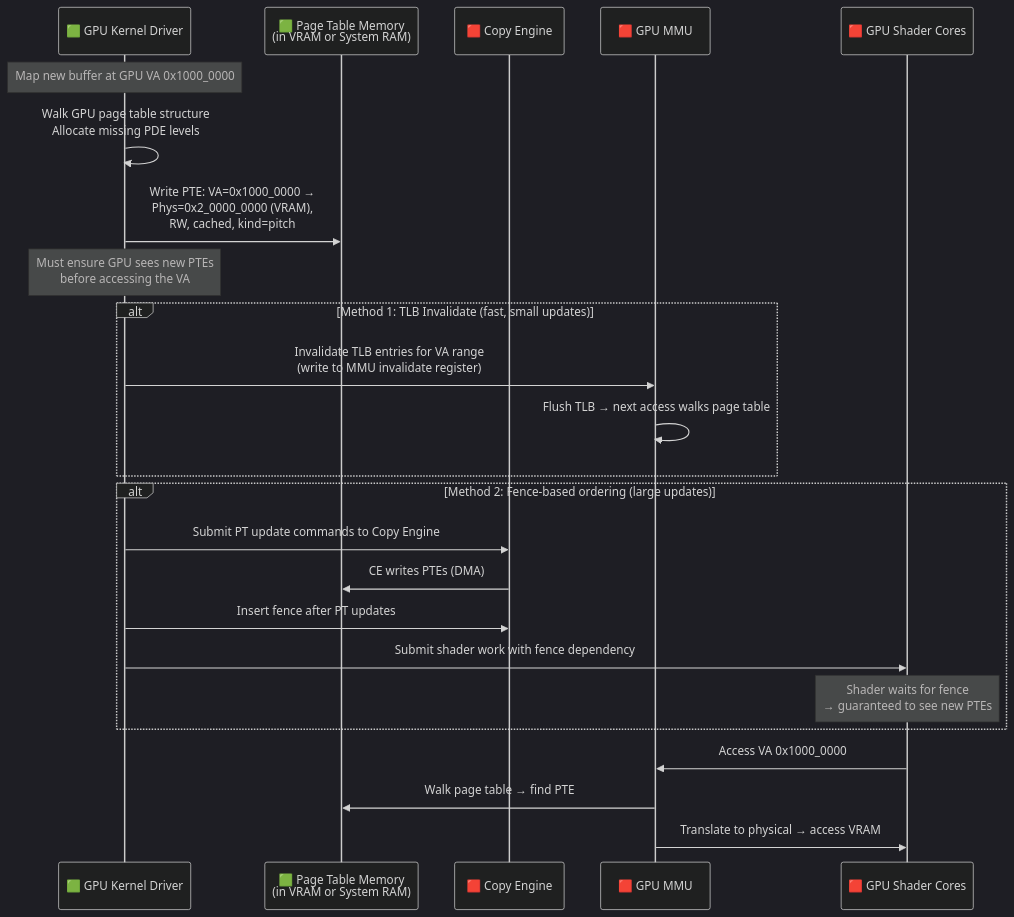
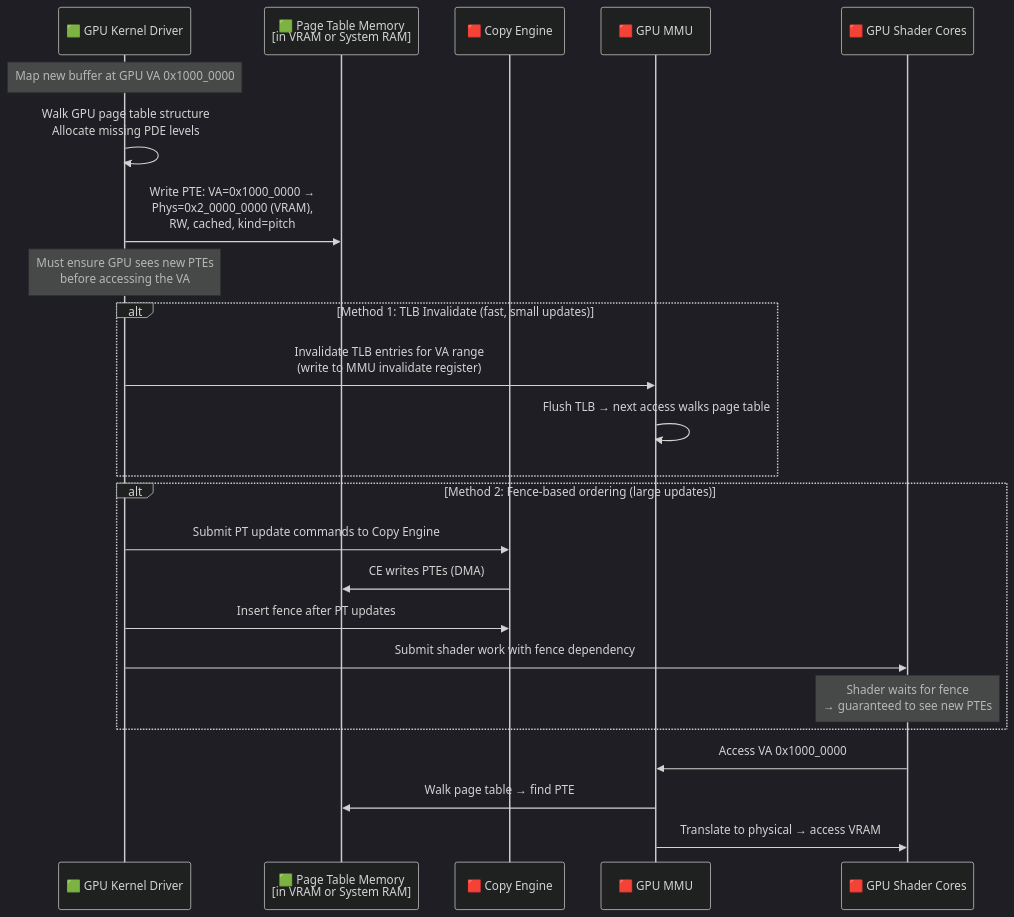
Diagram 19 of 21 in MemoryManagement/16_NVIDIA_System_Design_Memory_Management.md (nilprajapati97/Linux), drawn with Mermaid (dark theme) before and after one commit. The commit also changed other lines of this file and 68 other files, not shown here.

````diff
--- a/MemoryManagement/16_NVIDIA_System_Design_Memory_Management.md
+++ b/MemoryManagement/16_NVIDIA_System_Design_Memory_Management.md
@@ -740,32 +740,32 @@
 ```mermaid
 sequenceDiagram
     participant DRV as 🟩 GPU Kernel Driver
-    participant PT_MEM as 🟩 Page Table Memory<br/>(in VRAM or System RAM)
+    participant PT_MEM as 🟩 Page Table Memory<br/>[in VRAM or System RAM]
     participant CE as 🟥 Copy Engine
     participant GPU_MMU as 🟥 GPU MMU
     participant SM as 🟥 GPU Shader Cores
 
     Note over DRV: Map new buffer at GPU VA 0x1000_0000
 
     DRV->>DRV: Walk GPU page table structure<br/>Allocate missing PDE levels
     DRV->>PT_MEM: Write PTE: VA=0x1000_0000 →<br/>Phys=0x2_0000_0000 (VRAM),<br/>RW, cached, kind=pitch
 
     Note over DRV: Must ensure GPU sees new PTEs<br/>before accessing the VA
 
     alt Method 1: TLB Invalidate (fast, small updates)
         DRV->>GPU_MMU: Invalidate TLB entries for VA range<br/>(write to MMU invalidate register)
         GPU_MMU->>GPU_MMU: Flush TLB → next access walks page table
     end
 
     alt Method 2: Fence-based ordering (large updates)
         DRV->>CE: Submit PT update commands to Copy Engine
         CE->>PT_MEM: CE writes PTEs (DMA)
         DRV->>CE: Insert fence after PT updates
         DRV->>SM: Submit shader work with fence dependency
         Note over SM: Shader waits for fence<br/>→ guaranteed to see new PTEs
     end
 
     SM->>GPU_MMU: Access VA 0x1000_0000
     GPU_MMU->>PT_MEM: Walk page table → find PTE
     GPU_MMU->>SM: Translate to physical → access VRAM
 ```
````
